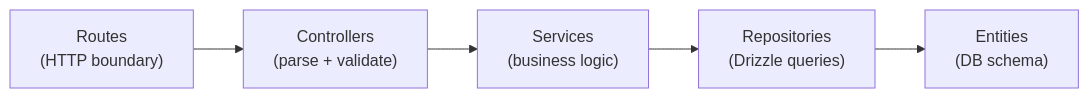
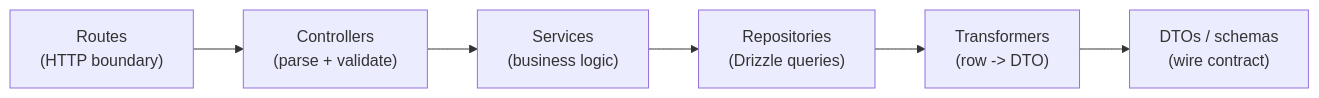
One commit to jeremienunez/thalamus-usecase-ssa- changed the diagram in docs/specs/architecture/figures/09-five-layer.mmd. Above: the diagram before and after it, drawn with Mermaid. The commit also changed 68 other files, not shown here.

Commit message:
docs: refresh architecture specs and PDFs

```diff
--- a/docs/specs/architecture/figures/09-five-layer.mmd
+++ b/docs/specs/architecture/figures/09-five-layer.mmd
@@ -1,5 +1,6 @@
 flowchart LR
     Routes["Routes<br/>(HTTP boundary)"] --> Controllers["Controllers<br/>(parse + validate)"]
     Controllers --> Services["Services<br/>(business logic)"]
     Services --> Repositories["Repositories<br/>(Drizzle queries)"]
-    Repositories --> Entities["Entities<br/>(DB schema)"]
+    Repositories --> Transformers["Transformers<br/>(row -> DTO)"]
+    Transformers --> DTOs["DTOs / schemas<br/>(wire contract)"]
```
